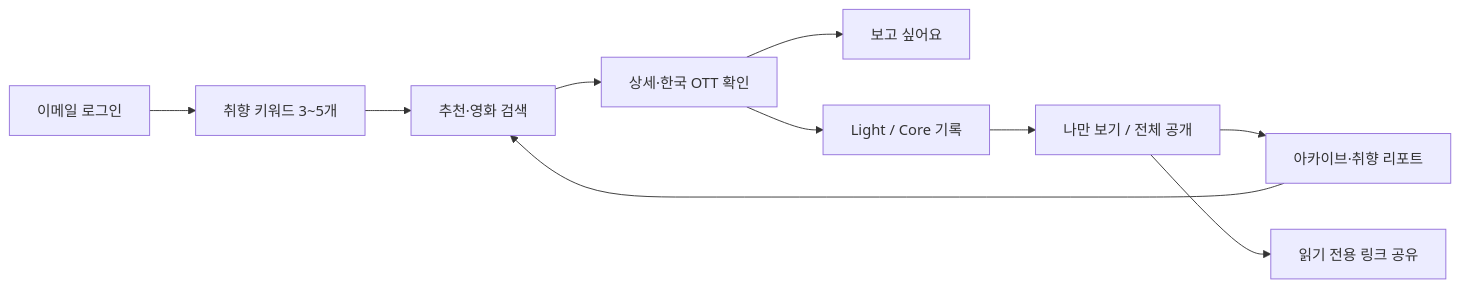
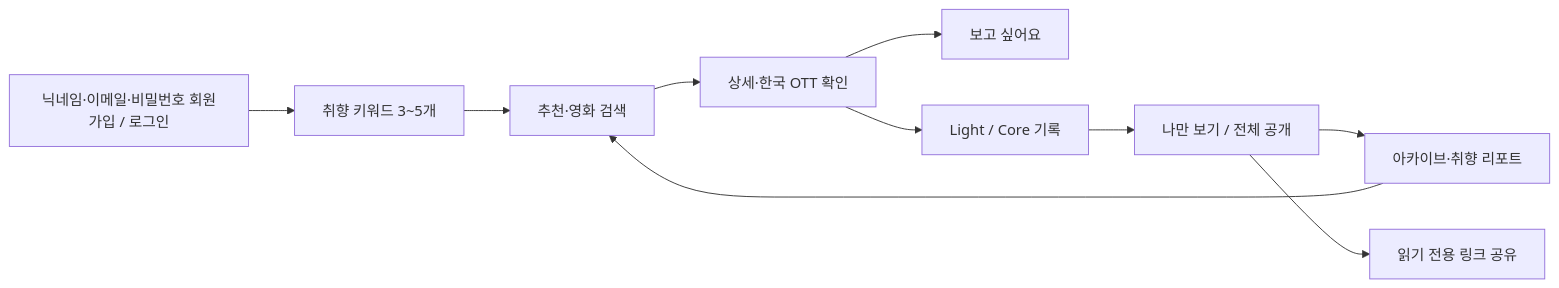
The first of 2 diagrams in README.md (hoya0328/flick), drawn with Mermaid before and after one commit. The commit also changed other lines of this file and 12 other files, not shown here.

````diff
--- a/README.md
+++ b/README.md
@@ -42,12 +42,12 @@
 ```mermaid
 flowchart LR
-  A["이메일 로그인"] --> B["취향 키워드 3~5개"]
+  A["닉네임·이메일·비밀번호 회원가입 / 로그인"] --> B["취향 키워드 3~5개"]
   B --> C["추천·영화 검색"]
   C --> D["상세·한국 OTT 확인"]
   D --> E["보고 싶어요"]
   D --> F["Light / Core 기록"]
   F --> G["나만 보기 / 전체 공개"]
   G --> H["아카이브·취향 리포트"]
   H --> C
   G --> I["읽기 전용 링크 공유"]
 ```
````
